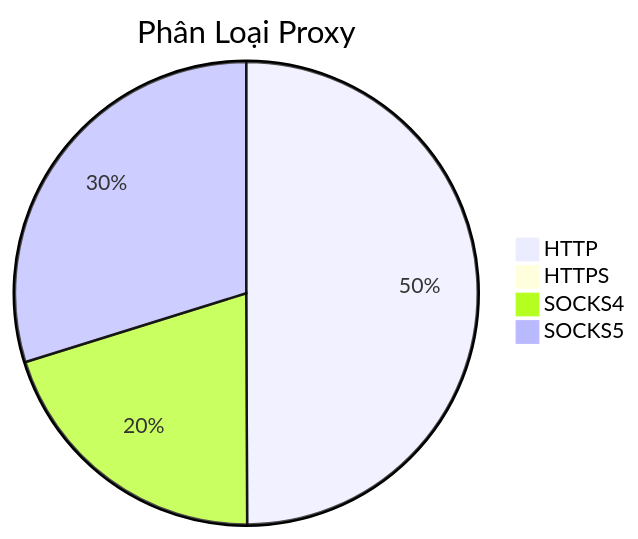
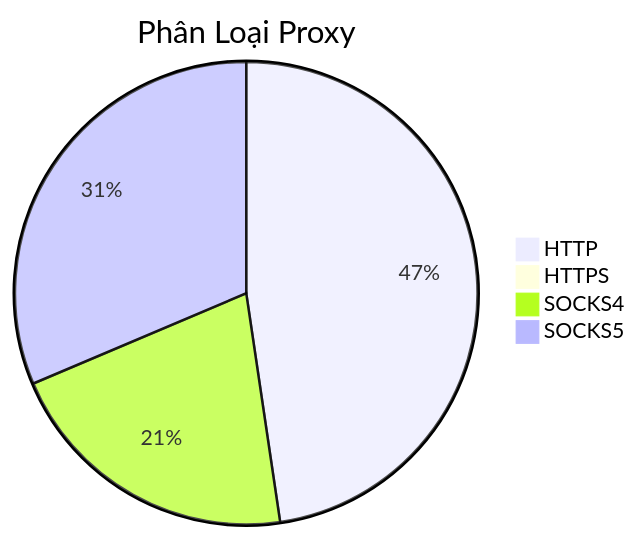
The diagram in README.md (Ciara-Aa/PROXY-free), drawn with Mermaid before and after one commit. The commit also changed other lines of this file and 4 other files, not shown here.

````diff
--- a/README.md
+++ b/README.md
@@ -26,7 +26,7 @@
 ```mermaid
 pie title Phân Loại Proxy
-    "HTTP" : 392
-    "HTTPS" : 2
-    "SOCKS4" : 159
-    "SOCKS5" : 234
+    "HTTP" : 366
+    "HTTPS" : 3
+    "SOCKS4" : 161
+    "SOCKS5" : 241
 ```
````
